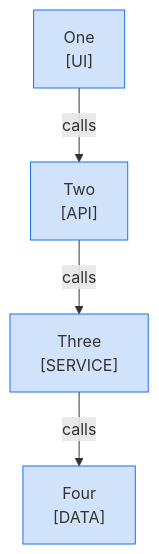
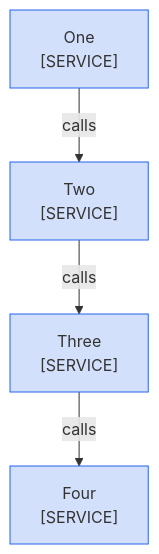
One commit to choonchernlim/skills changed the first of 2 diagrams in skills/docsmith/scripts/fixtures/bad/mmd-click.md. Above: the diagram before and after it, drawn with Mermaid. The commit also changed other lines of this file and 127 other files, not shown here.

````diff
--- a/skills/docsmith/scripts/fixtures/bad/mmd-click.md
+++ b/skills/docsmith/scripts/fixtures/bad/mmd-click.md
@@ -14,10 +14,11 @@
 ```mermaid
 graph TD
-  A["One<br/>[UI]"] -->|"calls"| B["Two<br/>[API]"]
+  %%{init: {"themeCSS": ".cluster-label, .cluster-label div, .cluster-label span, .cluster-label p { text-align: center !important; }", "flowchart": {"curve": "rounded", "subGraphTitleMargin": {"top": 6, "bottom": 30}}}}%%
+  A["One<br/>[SERVICE]"] -->|"calls"| B["Two<br/>[SERVICE]"]
   B -->|"calls"| C["Three<br/>[SERVICE]"]
-  C -->|"calls"| D["Four<br/>[DATA]"]
+  C -->|"calls"| D["Four<br/>[SERVICE]"]
   click A "x.md"
 
   class A,B,C,D own
-  classDef own fill:#1a73e833,stroke:#1a73e8
+  classDef own fill:#2563eb33,stroke:#2563eb
 ```
````
